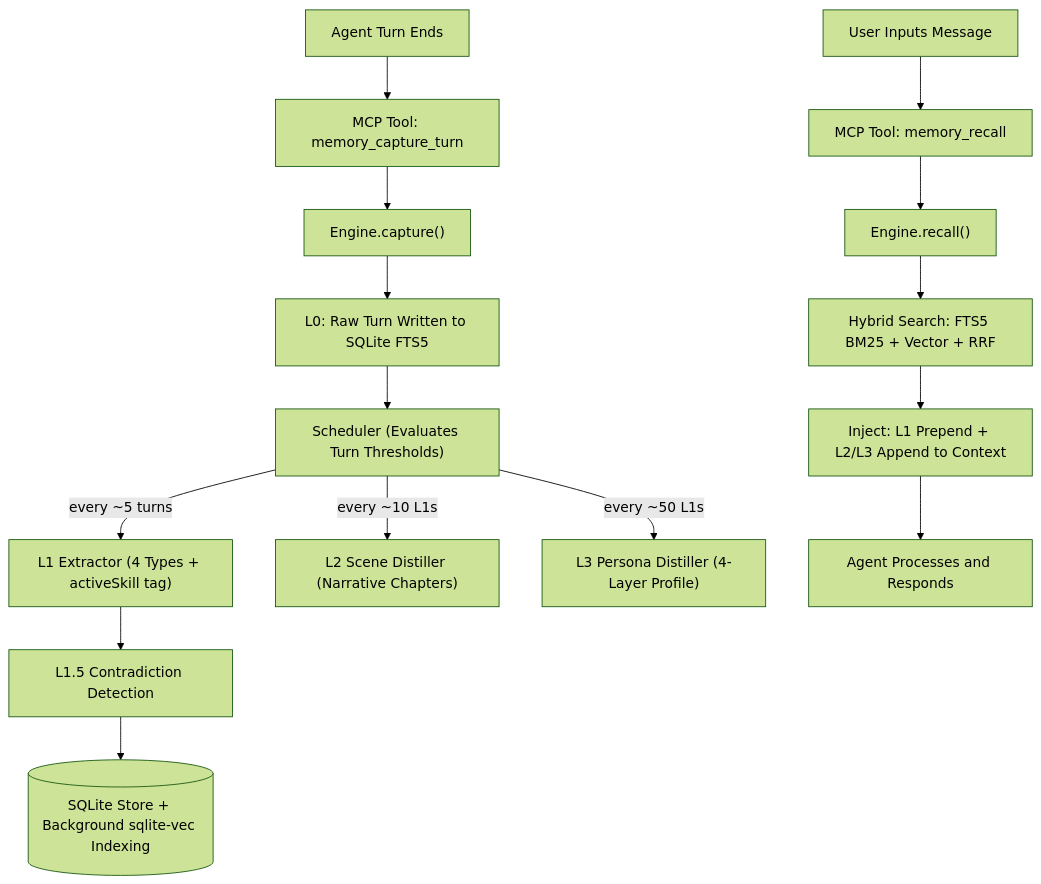
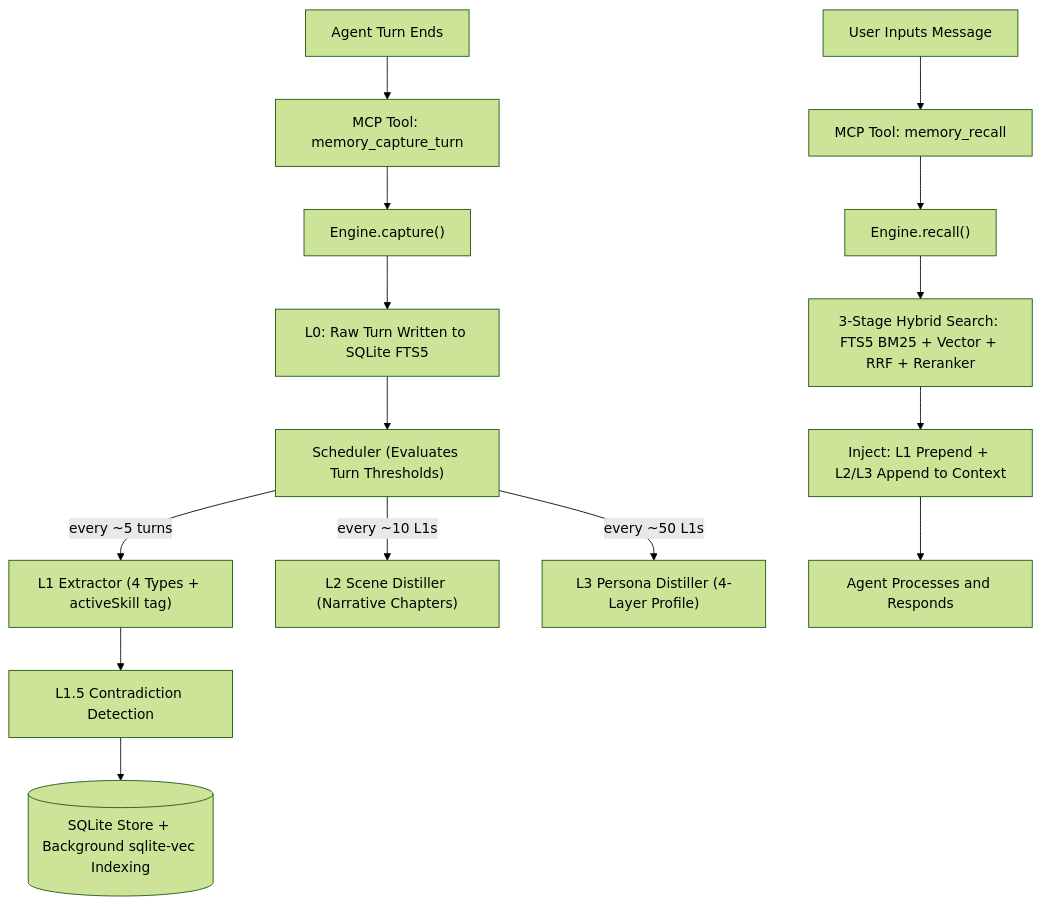
The diagram in README.md (kinqsradiollc/BrainRouter), drawn with Mermaid (forest theme) before and after one commit. The commit also changed other lines of this file and 4 other files, not shown here.

````diff
--- a/README.md
+++ b/README.md
@@ -80,18 +80,18 @@
 ```mermaid
 graph TD
     A["Agent Turn Ends"] --> B["MCP Tool: memory_capture_turn"]
     B --> C["Engine.capture()"]
     C --> D["L0: Raw Turn Written to SQLite FTS5"]
     D --> E["Scheduler (Evaluates Turn Thresholds)"]
     E -- "every ~5 turns" --> F["L1 Extractor (4 Types + activeSkill tag)"]
     F --> G["L1.5 Contradiction Detection"]
     G --> H[("SQLite Store + Background sqlite-vec Indexing")]
     E -- "every ~10 L1s" --> I["L2 Scene Distiller (Narrative Chapters)"]
     E -- "every ~50 L1s" --> J["L3 Persona Distiller (4-Layer Profile)"]
 
     K["User Inputs Message"] --> L["MCP Tool: memory_recall"]
     L --> M["Engine.recall()"]
-    M --> N["Hybrid Search: FTS5 BM25 + Vector + RRF"]
+    M --> N["3-Stage Hybrid Search: FTS5 BM25 + Vector + RRF + Reranker"]
     N --> O["Inject: L1 Prepend + L2/L3 Append to Context"]
     O --> P["Agent Processes and Responds"]
 ```
````
